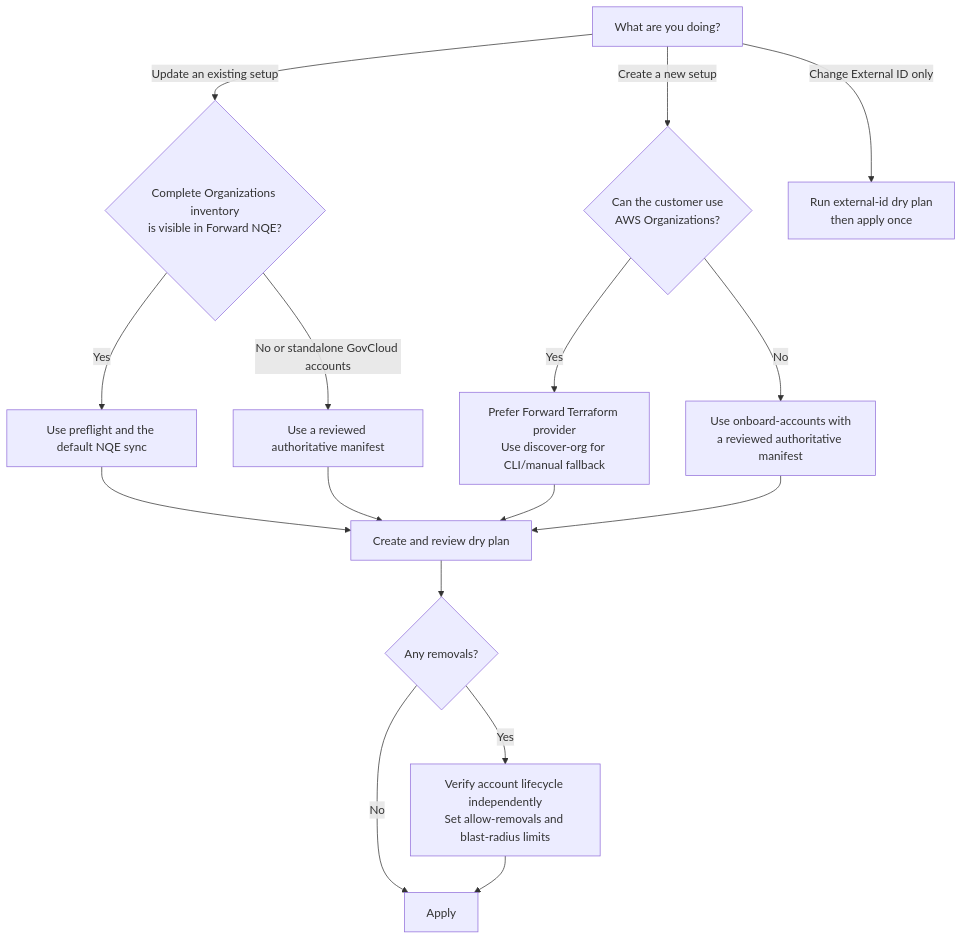
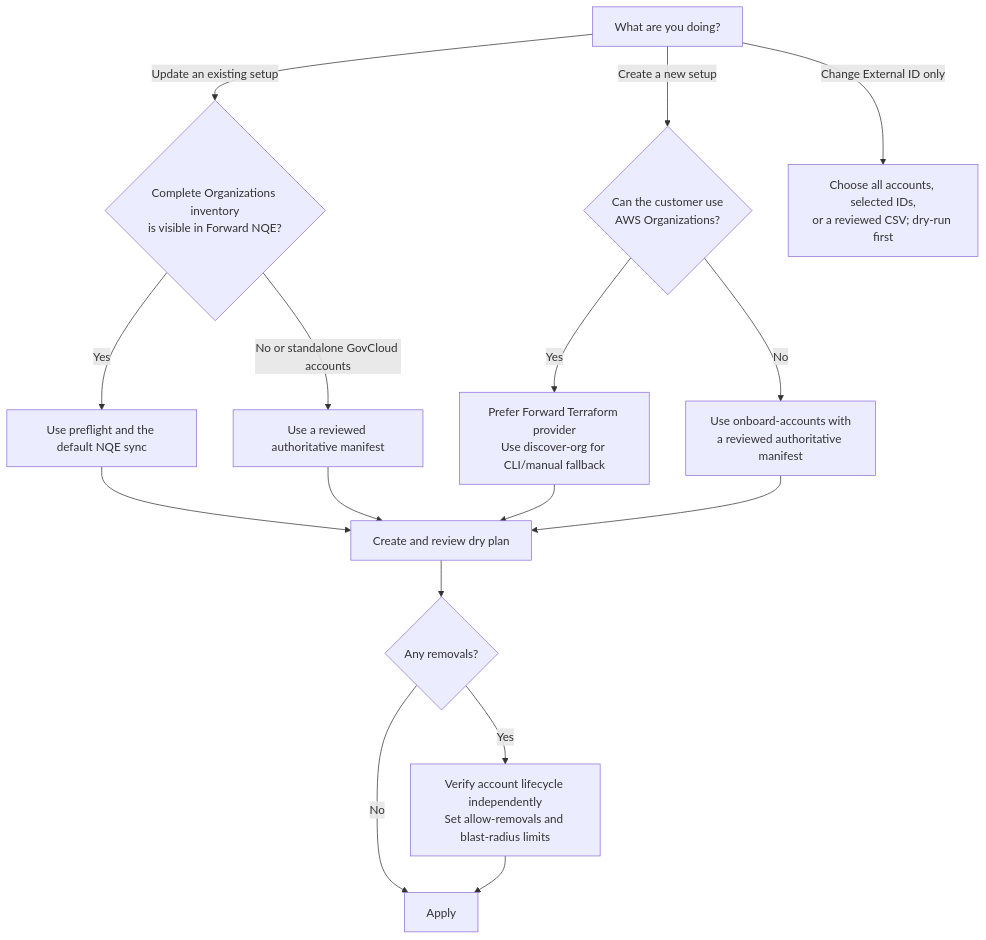
The diagram in README.md (forwardnetworks/aws-sync), drawn with Mermaid before and after one commit. The commit also changed other lines of this file and 11 other files, not shown here.

First line of the commit message:
feat: support per-account External IDs (#6)

````diff
--- a/README.md
+++ b/README.md
@@ -7,20 +7,20 @@
 ```mermaid
 flowchart TD
     A[What are you doing?] -->|Update an existing setup| B{Complete Organizations inventory<br/>is visible in Forward NQE?}
     A -->|Create a new setup| C{Can the customer use<br/>AWS Organizations?}
-    A -->|Change External ID only| X[Run external-id dry plan<br/>then apply once]
+    A -->|Change External ID only| X[Choose all accounts, selected IDs,<br/>or a reviewed CSV; dry-run first]
 
     B -->|Yes| D[Use preflight and the default NQE sync]
     B -->|No or standalone GovCloud accounts| E[Use a reviewed authoritative manifest]
     C -->|Yes| F[Prefer Forward Terraform provider<br/>Use discover-org for CLI/manual fallback]
     C -->|No| G[Use onboard-accounts with<br/>a reviewed authoritative manifest]
 
     D --> H[Create and review dry plan]
     E --> H
     F --> H
     G --> H
     H --> I{Any removals?}
     I -->|No| J[Apply]
     I -->|Yes| K[Verify account lifecycle independently<br/>Set allow-removals and blast-radius limits]
     K --> J
 ```
````
